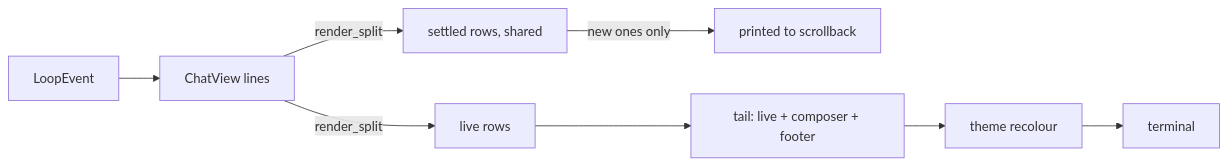
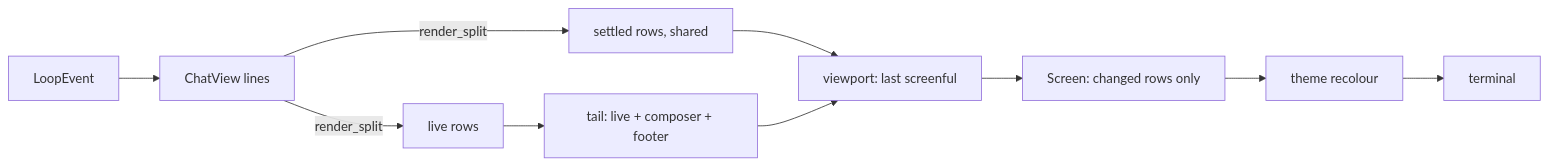
Before and after one commit to flashback7766/FlashAgent: the third of 3 diagrams in ARCHITECTURE.md, drawn with Mermaid. The commit also changed other lines of this file and 24 other files, not shown here.

````diff
--- a/ARCHITECTURE.md
+++ b/ARCHITECTURE.md
@@ -127,9 +134,9 @@
 ```mermaid
 graph LR
     E[LoopEvent] --> C[ChatView lines]
     C -->|render_split| S[settled rows, shared]
     C -->|render_split| L[live rows]
-    S -->|new ones only| P[printed to scrollback]
-    L --> T[tail: live + composer + footer]
-    T --> R[theme recolour] --> O[terminal]
+    S --> V[viewport: last screenful]
+    L --> T[tail: live + composer + footer] --> V
+    V --> D[Screen: changed rows only] --> R[theme recolour] --> O[terminal]
 ```
````
